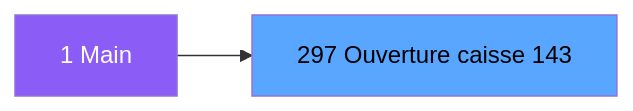
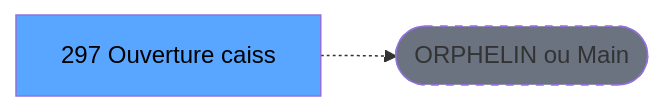
One commit to thonyAGP/lecteur-magic changed the second of 3 diagrams in .openspec/specs/ADH-IDE-297.md. Above: the diagram before and after it, drawn with Mermaid. The commit also changed other lines of this file and 701 other files, not shown here.

````diff
--- a/.openspec/specs/ADH-IDE-297.md
+++ b/.openspec/specs/ADH-IDE-297.md
@@ -114,8 +119,8 @@
 ```mermaid
 graph LR
-    M[1 Main]
-    T[297 Ouverture caisse 143]
-    M --> T
-    style M fill:#8b5cf6,color:#fff
+    T[297 Ouverture caiss]
+    ORPHAN([ORPHELIN ou Main])
+    T -.-> ORPHAN
     style T fill:#58a6ff,color:#000
+    style ORPHAN fill:#6b7280,stroke-dasharray: 5 5
 ```
````
